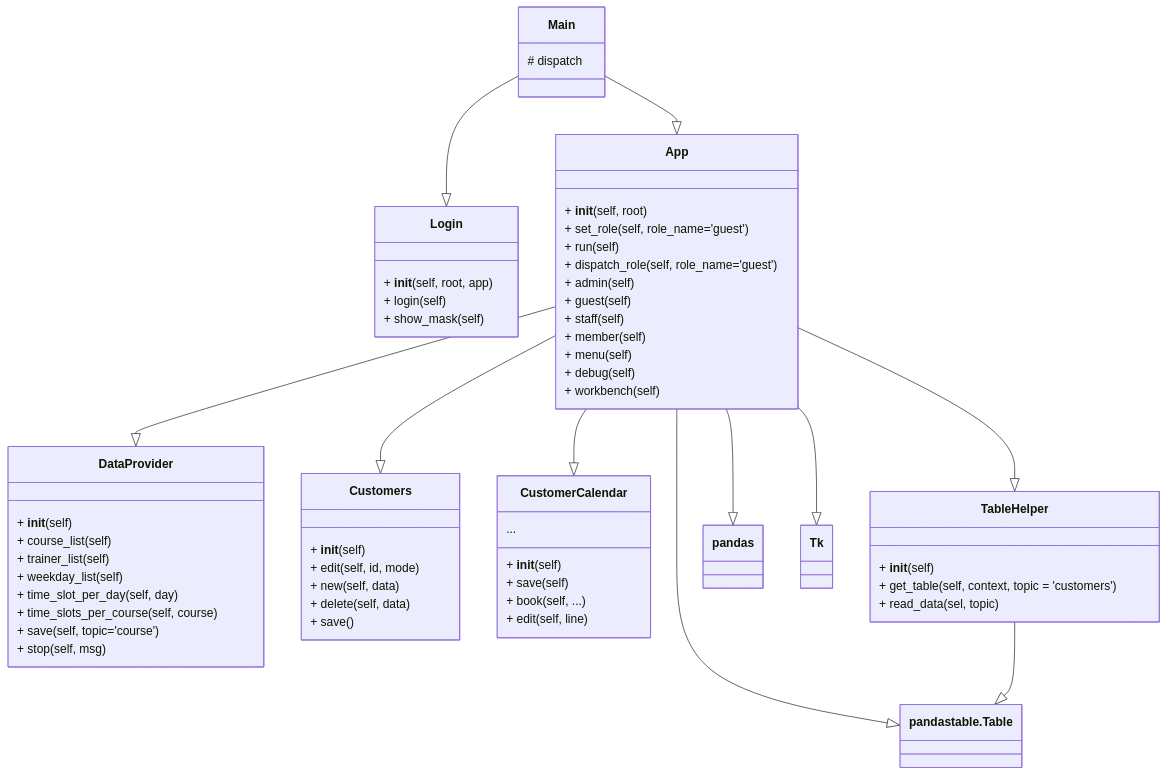
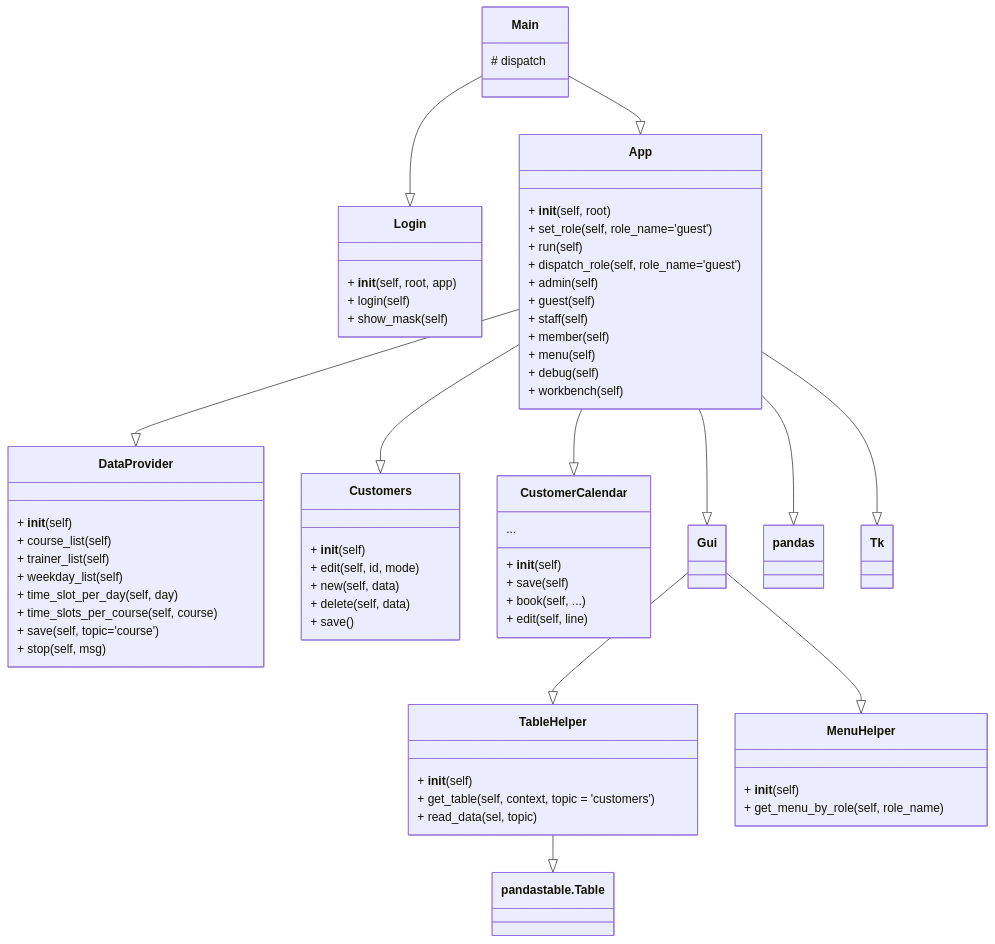
The third of 3 diagrams in src/tech_doc.md (icewomen-hub/customer_calendar), drawn with Mermaid before and after one commit. The commit also changed other lines of this file, not shown here.

Commit message:
Extending technical doq

```diff
--- a/src/tech_doc.md
+++ b/src/tech_doc.md
@@ -111,18 +111,27 @@
     + read_data(sel, topic)
    }
 
+   class MenuHelper{
+    + __init__(self)
+    + get_menu_by_role(self, role_name)
+}
+
+    class Gui{
+    
+    }
+
     Main --|> App
     Main  --|> Login
 
     App  --|> CustomerCalendar
     App  --|> Customers
     App  --|> DataProvider
+    App --|> Gui
 
     App  --|> pandas
     App  --|> Tk
-    App  --|> pandastable.Table
-
-    App --|> TableHelper
+    Gui --|> MenuHelper
+    Gui --|> TableHelper
     TableHelper --|> pandastable.Table
 
 
```
